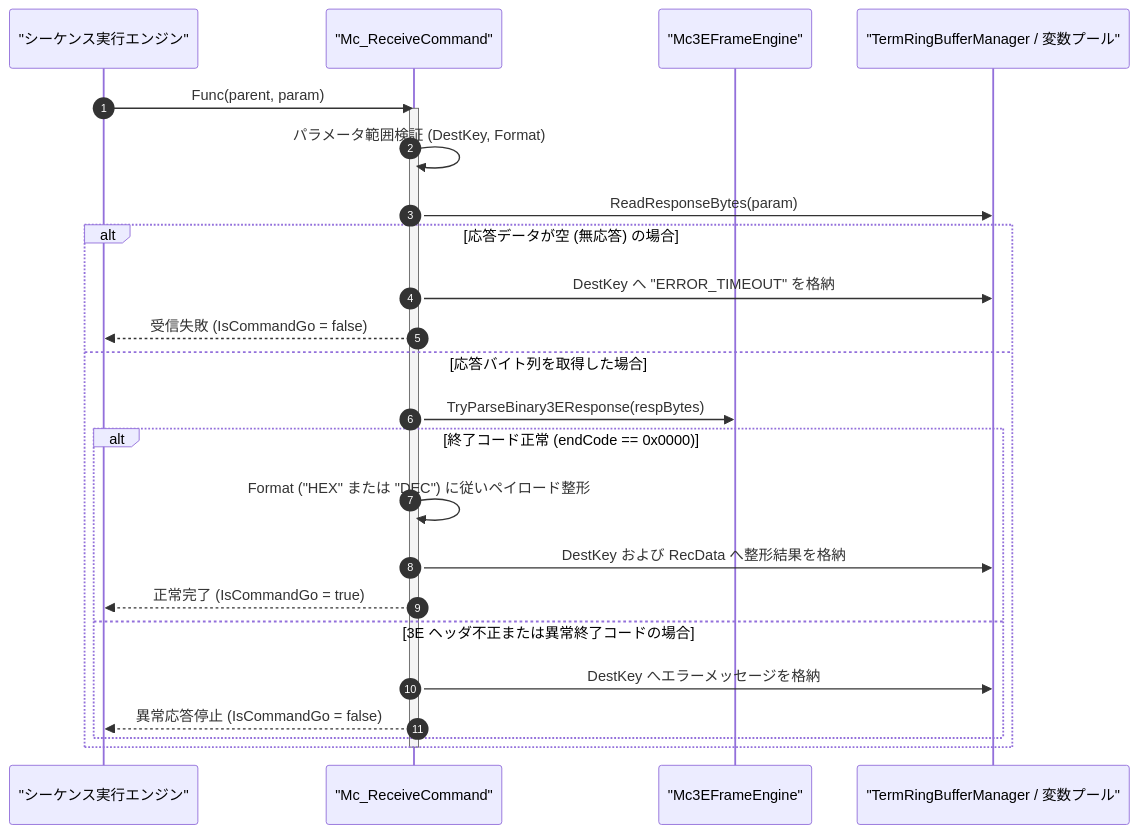
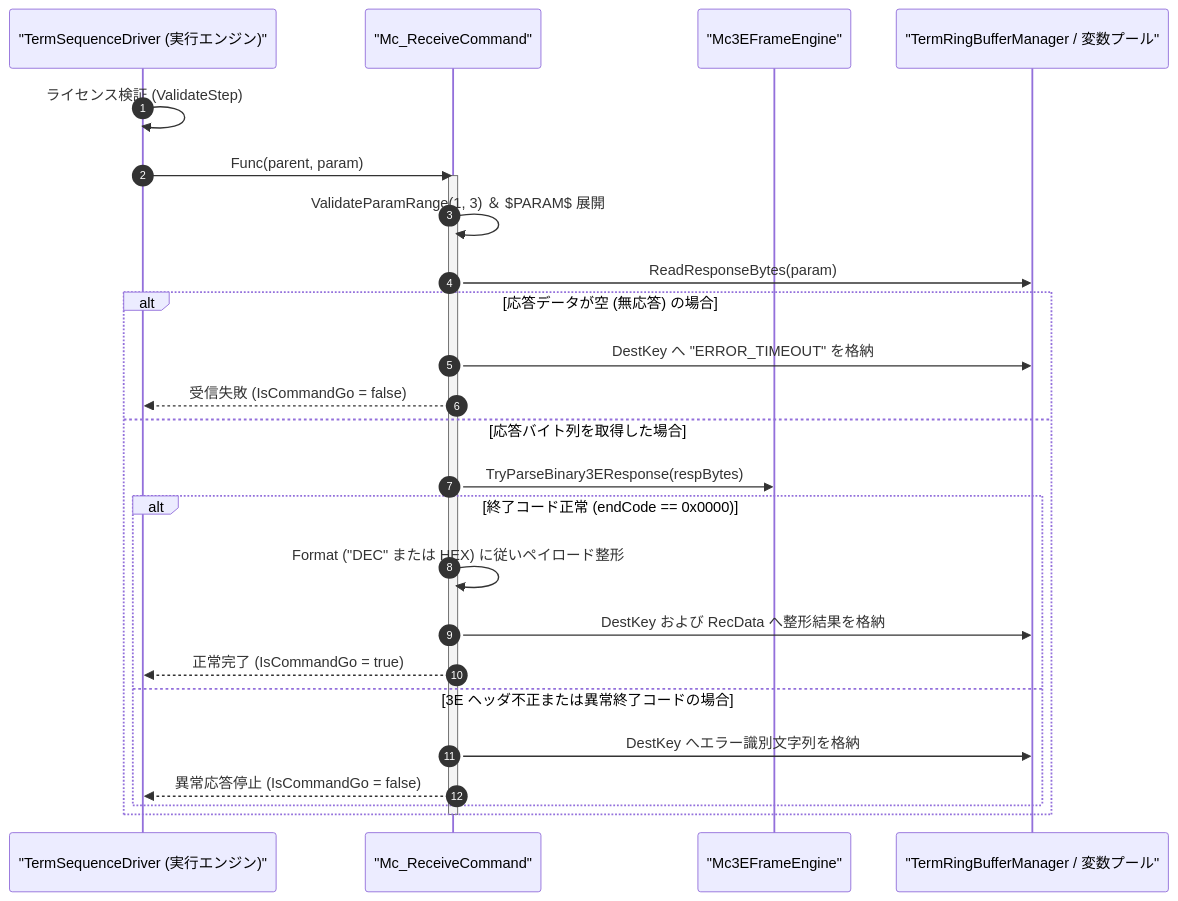
The diagram in Manual/MelcoMC/Mc_Receive.Md (Monaca-App/TermAddIn), drawn with Mermaid before and after one commit. The commit also changed other lines of this file and 157 other files, not shown here.

````diff
--- a/Manual/MelcoMC/Mc_Receive.Md
+++ b/Manual/MelcoMC/Mc_Receive.Md
@@ -66,28 +72,29 @@
 ```mermaid
 sequenceDiagram
     autonumber
-    participant Script as "シーケンス実行エンジン"
+    participant Driver as "TermSequenceDriver (実行エンジン)"
     participant Cmd as "Mc_ReceiveCommand"
     participant Engine as "Mc3EFrameEngine"
     participant Buf as "TermRingBufferManager / 変数プール"
 
-    Script->>Cmd: Func(parent, param)
+    Driver->>Driver: ライセンス検証 (ValidateStep)
+    Driver->>Cmd: Func(parent, param)
     activate Cmd
-    Cmd->>Cmd: パラメータ範囲検証 (DestKey, Format)
+    Cmd->>Cmd: ValidateParamRange(1, 3) ＆ $PARAM$ 展開
     Cmd->>Buf: ReadResponseBytes(param)
     alt 応答データが空 (無応答) の場合
         Cmd->>Buf: DestKey へ "ERROR_TIMEOUT" を格納
-        Cmd-->>Script: 受信失敗 (IsCommandGo = false)
+        Cmd-->>Driver: 受信失敗 (IsCommandGo = false)
     else 応答バイト列を取得した場合
         Cmd->>Engine: TryParseBinary3EResponse(respBytes)
         alt 終了コード正常 (endCode == 0x0000)
-            Cmd->>Cmd: Format ("HEX" または "DEC") に従いペイロード整形
+            Cmd->>Cmd: Format ("DEC" または HEX) に従いペイロード整形
             Cmd->>Buf: DestKey および RecData へ整形結果を格納
-            Cmd-->>Script: 正常完了 (IsCommandGo = true)
+            Cmd-->>Driver: 正常完了 (IsCommandGo = true)
         else 3E ヘッダ不正または異常終了コードの場合
-            Cmd->>Buf: DestKey へエラーメッセージを格納
-            Cmd-->>Script: 異常応答停止 (IsCommandGo = false)
+            Cmd->>Buf: DestKey へエラー識別文字列を格納
+            Cmd-->>Driver: 異常応答停止 (IsCommandGo = false)
         end
     end
     deactivate Cmd
 ```
````
